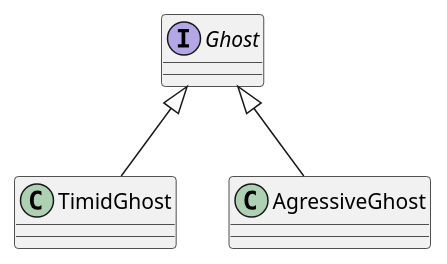
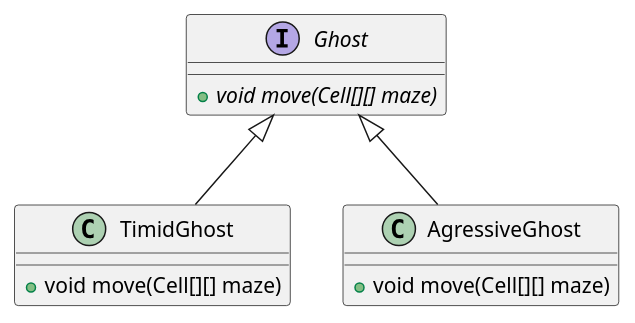
The second of 5 diagrams in session1/cours/java_poo_polymorphisme_dynamique.org (frederic1979/git_session2), drawn with PlantUML before and after one commit. The commit also changed other lines of this file and 4 other files, not shown here.

Commit message:
ajout qualifiers sur les méthodes dans les schémas UML de poo

```diff
--- a/session1/cours/java_poo_polymorphisme_dynamique.org
+++ b/session1/cours/java_poo_polymorphisme_dynamique.org
@@ -105,8 +111,14 @@
 #+BEGIN_SRC plantuml :file img/ghost-poo-interface.png
-class TimidGhost
-class AgressiveGhost
-interface Ghost
+class TimidGhost{
++ void move(Cell[][] maze)
+}
+class AgressiveGhost{
++ void move(Cell[][] maze)
+}
+interface Ghost{
++ {abstract} void move(Cell[][] maze)
+}
 
 Ghost <|-- AgressiveGhost
 Ghost <|-- TimidGhost
 #+END_SRC
```
